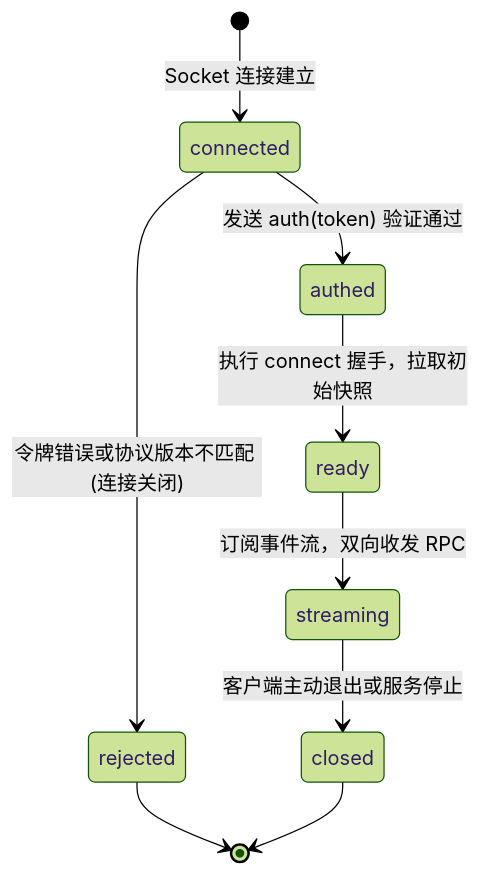
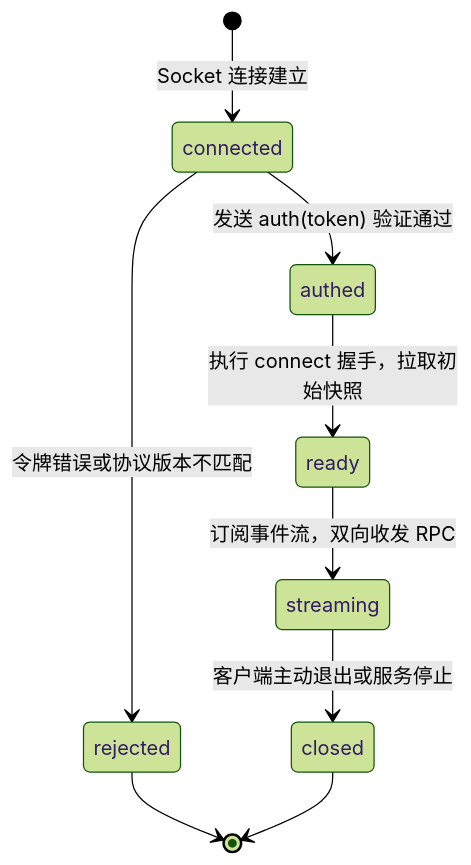
One commit to num-lab/Ruukoto changed the first of 2 diagrams in docs/modules/control.md. Above: the diagram before and after it, drawn with Mermaid (forest theme). The commit also changed other lines of this file and 209 other files, not shown here.

````diff
--- a/docs/modules/control.md
+++ b/docs/modules/control.md
@@ -50,11 +54,11 @@
 ```mermaid
 stateDiagram-v2
   [*] --> connected: Socket 连接建立
   connected --> authed: 发送 auth(token) 验证通过
-  connected --> rejected: 令牌错误或协议版本不匹配 (连接关闭)
+  connected --> rejected: 令牌错误或协议版本不匹配
   authed --> ready: 执行 connect 握手，拉取初始快照
   ready --> streaming: 订阅事件流，双向收发 RPC
   streaming --> closed: 客户端主动退出或服务停止
   rejected --> [*]
   closed --> [*]
 ```
````
